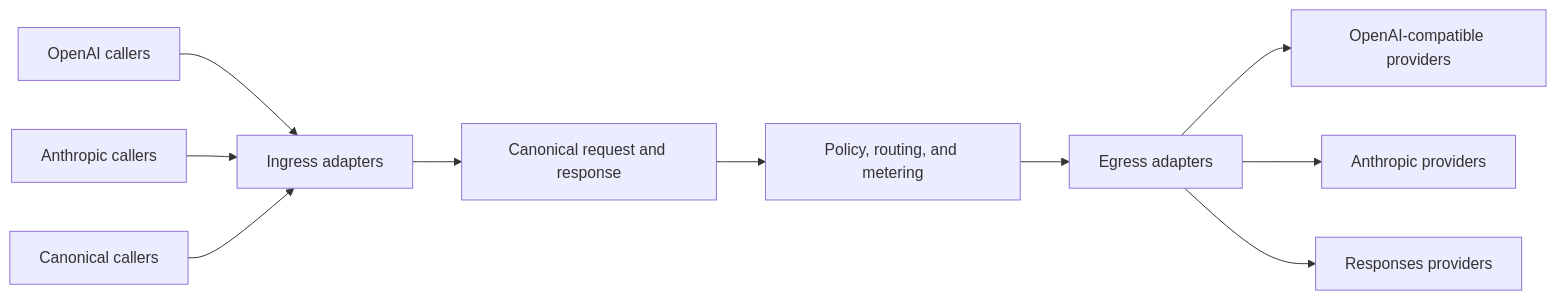
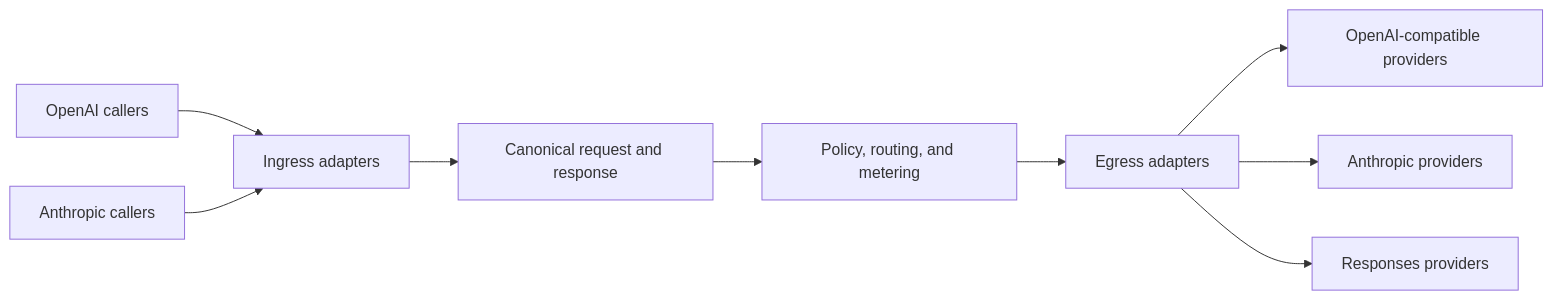
One commit to michel-tricot/airmux changed the second of 2 diagrams in docs/concepts/architecture.mdx. Above: the diagram before and after it, drawn with Mermaid. The commit also changed other lines of this file and 83 other files, not shown here.

````diff
--- a/docs/concepts/architecture.mdx
+++ b/docs/concepts/architecture.mdx
@@ -35,12 +35,11 @@
 ```mermaid
 flowchart LR
   O[OpenAI callers] --> I[Ingress adapters]
   A[Anthropic callers] --> I
-  C[Canonical callers] --> I
   I --> W[Canonical request and response]
   W --> P[Policy, routing, and metering]
   P --> E[Egress adapters]
   E --> X[OpenAI-compatible providers]
   E --> Y[Anthropic providers]
   E --> Z[Responses providers]
 ```
````
